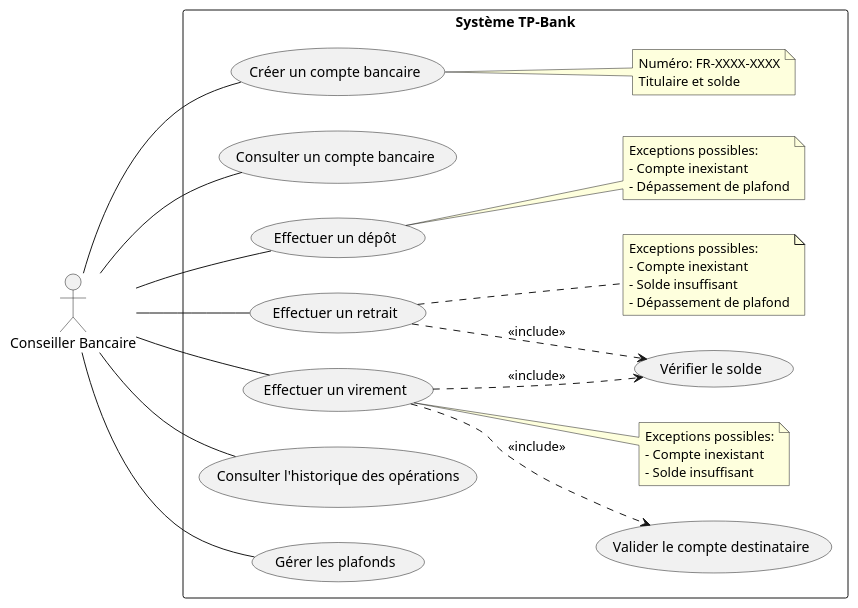
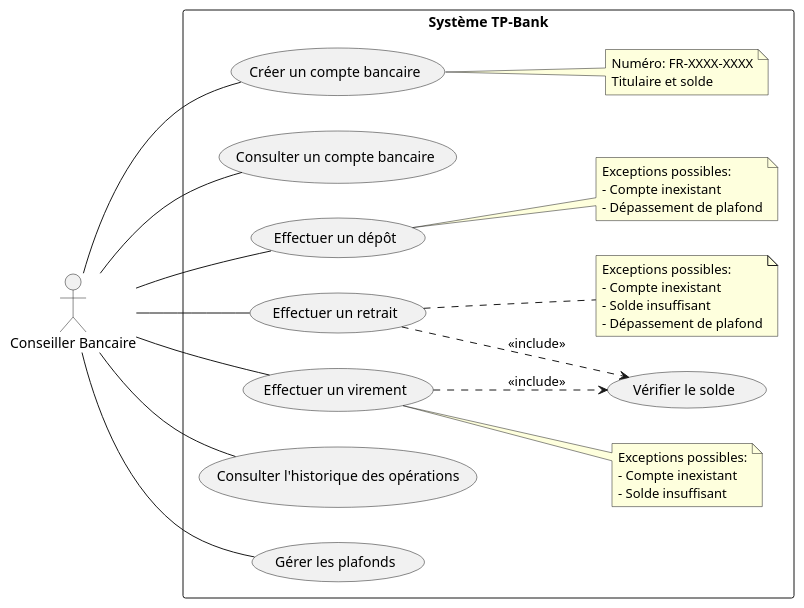
Before and after one commit to john7440/Tp-Bank: the diagram in doc/uml/1- Use case/UseCase.puml, drawn with PlantUML. The commit also changed 1 other file, not shown here.

Commit message:
modification du diagramme de use case après vérifications

```diff
--- a/doc/uml/1- Use case/UseCase.puml
+++ b/doc/uml/1- Use case/UseCase.puml
@@ -1,56 +1,55 @@
 @startuml
 left to right direction
 skinparam packageStyle rectangle
 
 actor "Conseiller Bancaire" as CB
 
 rectangle "Système TP-Bank" {
   usecase "Créer un compte bancaire" as UC1
   usecase "Consulter un compte bancaire" as UC2
   usecase "Effectuer un dépôt" as UC3
   usecase "Effectuer un retrait" as UC4
   usecase "Effectuer un virement" as UC5
   usecase "Consulter l'historique des opérations" as UC6
   usecase "Gérer les plafonds" as UC7
 
   usecase "Vérifier le solde" as UC8
-  usecase "Valider le compte destinataire" as UC9
+
 
 
 CB -- UC1
 CB -- UC2
 CB -- UC3
 CB -- UC4
 CB -- UC5
 CB -- UC6
 CB -- UC7
 
 UC4 ..> UC8 : <<include>>
 UC5 ..> UC8 : <<include>>
-UC5 ..> UC9 : <<include>>
 
 note right of UC1
   Numéro: FR-XXXX-XXXX
   Titulaire et solde
 end note
 
 note right of UC3
   Exceptions possibles:
   - Compte inexistant
   - Dépassement de plafond
 end note
 
 note right of UC4
   Exceptions possibles:
   - Compte inexistant
   - Solde insuffisant
   - Dépassement de plafond
 end note
 
 note right of UC5
   Exceptions possibles:
   - Compte inexistant
   - Solde insuffisant
 end note
 }
 @enduml
```
